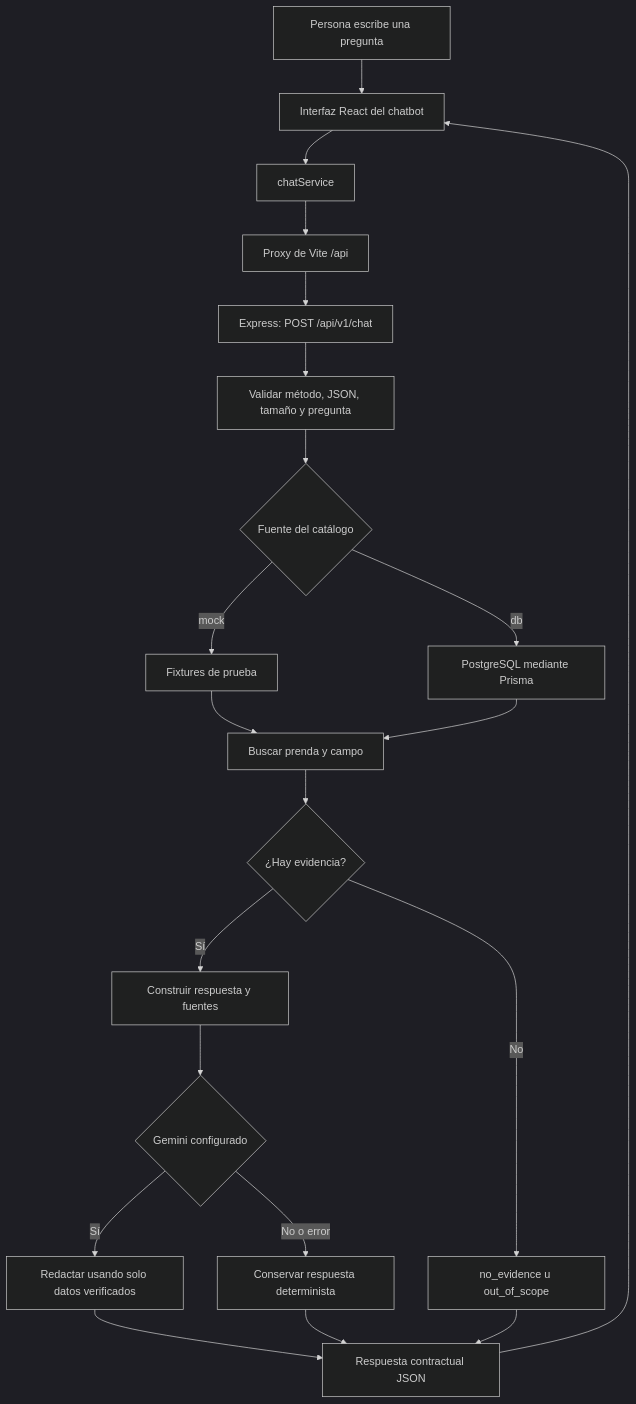
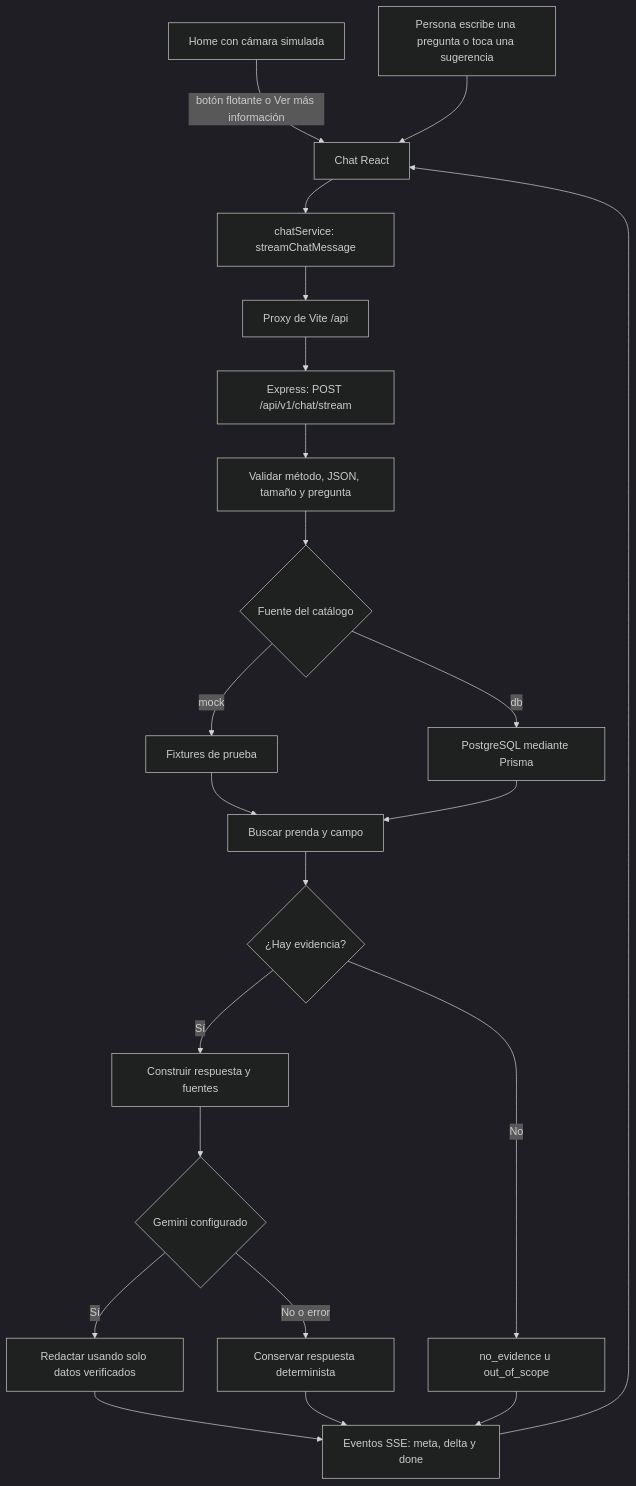
The first of 3 diagrams in docs/presentacion-proyecto.md (Migui777/FashionIA), drawn with Mermaid (dark theme) before and after one commit. The commit also changed other lines of this file and 5 other files, not shown here.

````diff
--- a/docs/presentacion-proyecto.md
+++ b/docs/presentacion-proyecto.md
@@ -65,23 +69,24 @@
 ```mermaid
 flowchart TD
-    U[Persona escribe una pregunta] --> UI[Interfaz React del chatbot]
-    UI --> S[chatService]
+    HOME[Home con cámara simulada] -->|botón flotante o Ver más información| UI
+    U[Persona escribe una pregunta o toca una sugerencia] --> UI[Chat React]
+    UI --> S[chatService: streamChatMessage]
     S --> P[Proxy de Vite /api]
-    P --> API[Express: POST /api/v1/chat]
+    P --> API[Express: POST /api/v1/chat/stream]
     API --> V[Validar método, JSON, tamaño y pregunta]
     V --> C{Fuente del catálogo}
     C -->|mock| M[Fixtures de prueba]
     C -->|db| DB[PostgreSQL mediante Prisma]
     M --> H[Buscar prenda y campo]
     DB --> H
     H --> R{¿Hay evidencia?}
     R -->|Sí| A[Construir respuesta y fuentes]
     R -->|No| NE[no_evidence u out_of_scope]
     A --> G{Gemini configurado}
     G -->|Sí| GR[Redactar usando solo datos verificados]
     G -->|No o error| DET[Conservar respuesta determinista]
-    GR --> OUT[Respuesta contractual JSON]
+    GR --> OUT[Eventos SSE: meta, delta y done]
     DET --> OUT
     NE --> OUT
     OUT --> UI
 ```
````
